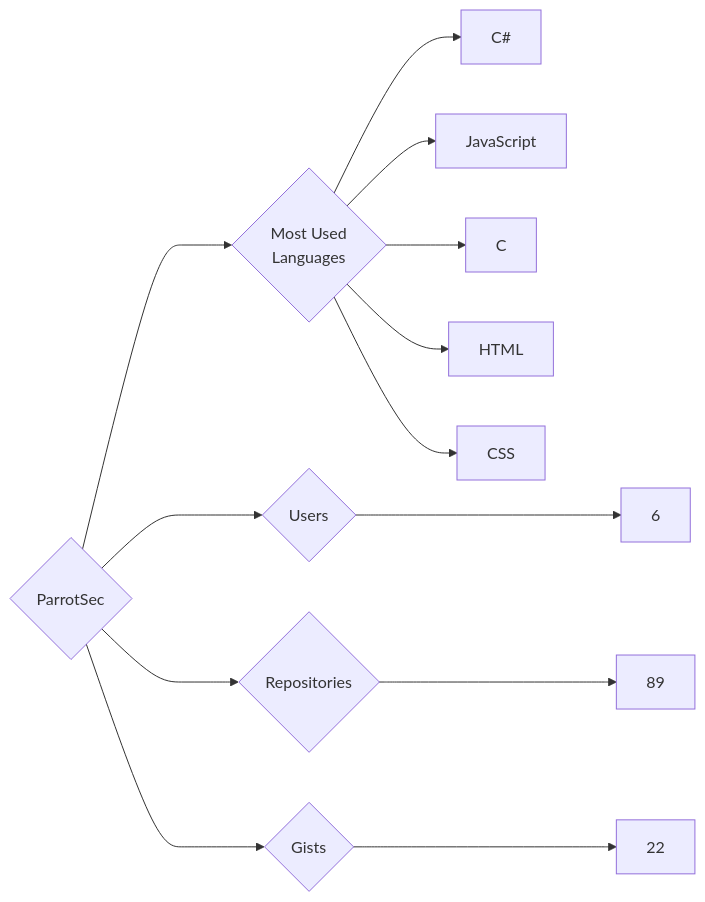
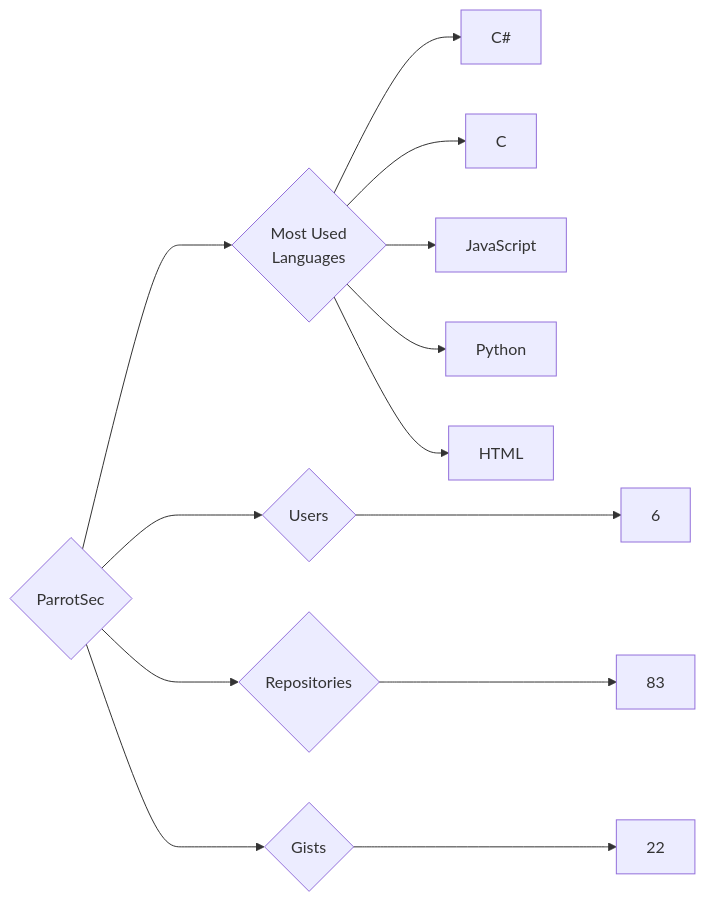
The diagram in targets/ParrotSec/README.md (trickest/insiders), drawn with Mermaid before and after one commit. The commit also changed 1508 other files, not shown here.

````diff
--- a/targets/ParrotSec/README.md
+++ b/targets/ParrotSec/README.md
@@ -3,13 +3,13 @@
 ```mermaid
 graph LR
 COMPANY_NAME{ParrotSec}
 COMPANY_NAME ---> U{Users} ---> UN[6]
-COMPANY_NAME ---> R{Repositories} ---> RN[89]
+COMPANY_NAME ---> R{Repositories} ---> RN[83]
 COMPANY_NAME ---> G{Gists} ---> GN[22]
 COMPANY_NAME ---> ML{Most Used<br>Languages}
 ML --> C#[C#]
+ML --> C[C]
 ML --> JavaScript[JavaScript]
-ML --> C[C]
+ML --> Python[Python]
 ML --> HTML[HTML]
-ML --> CSS[CSS]
 ```
````
